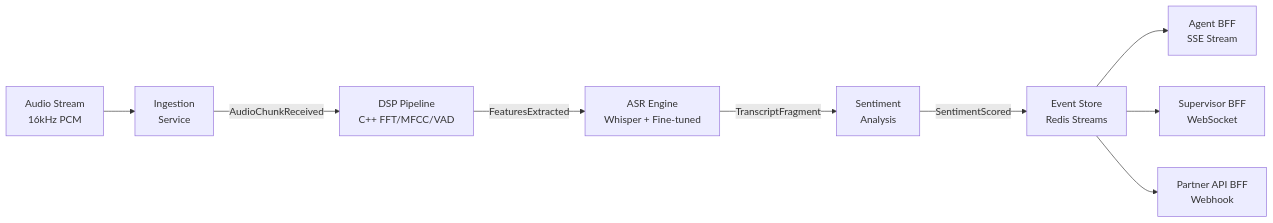
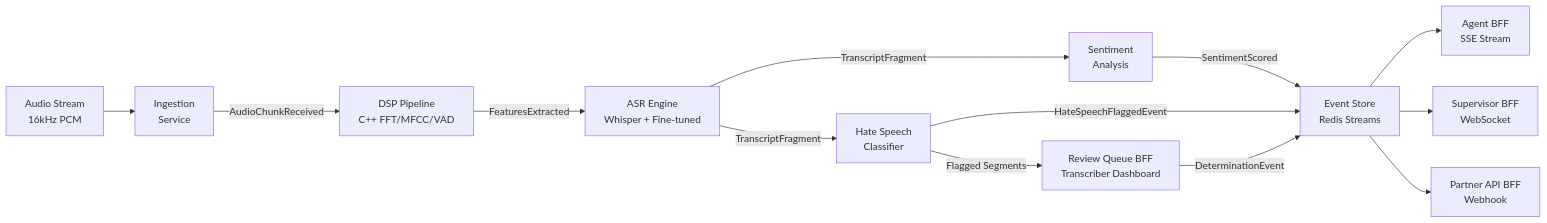
The first of 4 diagrams in projects/sauti/README.md (ericgitangu/OA), drawn with Mermaid before and after one commit. The commit also changed other lines of this file and 1 other file, not shown here.

First line of the commit message:
feat: add hate speech detection and flagging epic to Sauti PRD and README

````diff
--- a/projects/sauti/README.md
+++ b/projects/sauti/README.md
@@ -75,11 +90,15 @@
 ```mermaid
 flowchart LR
     A[Audio Stream\n16kHz PCM] --> B[Ingestion\nService]
     B -->|AudioChunkReceived| C[DSP Pipeline\nC++ FFT/MFCC/VAD]
     C -->|FeaturesExtracted| D[ASR Engine\nWhisper + Fine-tuned]
     D -->|TranscriptFragment| E[Sentiment\nAnalysis]
+    D -->|TranscriptFragment| HS[Hate Speech\nClassifier]
     E -->|SentimentScored| F[Event Store\nRedis Streams]
+    HS -->|HateSpeechFlaggedEvent| F
     F --> G[Agent BFF\nSSE Stream]
     F --> H[Supervisor BFF\nWebSocket]
     F --> I[Partner API BFF\nWebhook]
+    HS -->|Flagged Segments| RQ[Review Queue BFF\nTranscriber Dashboard]
+    RQ -->|DeterminationEvent| F
 ```
````
